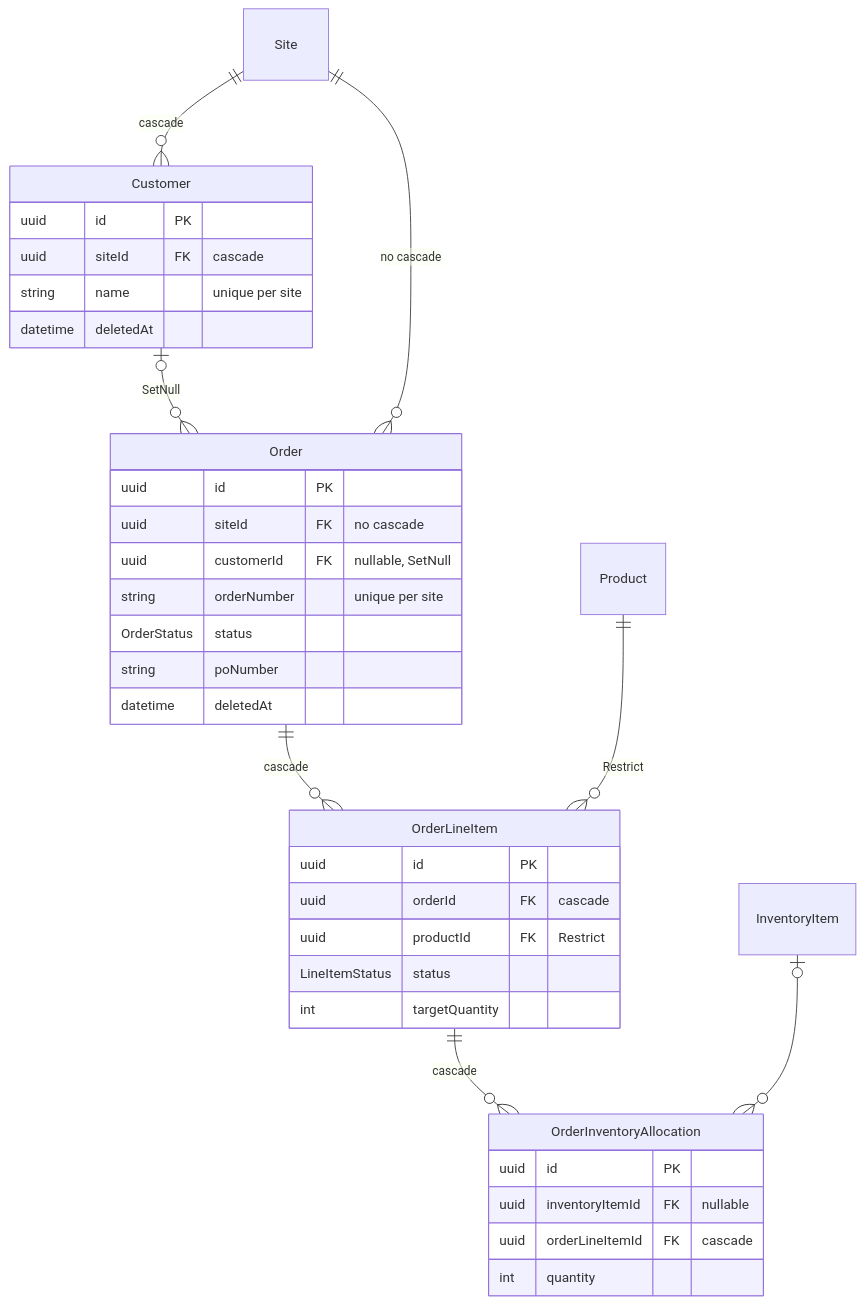
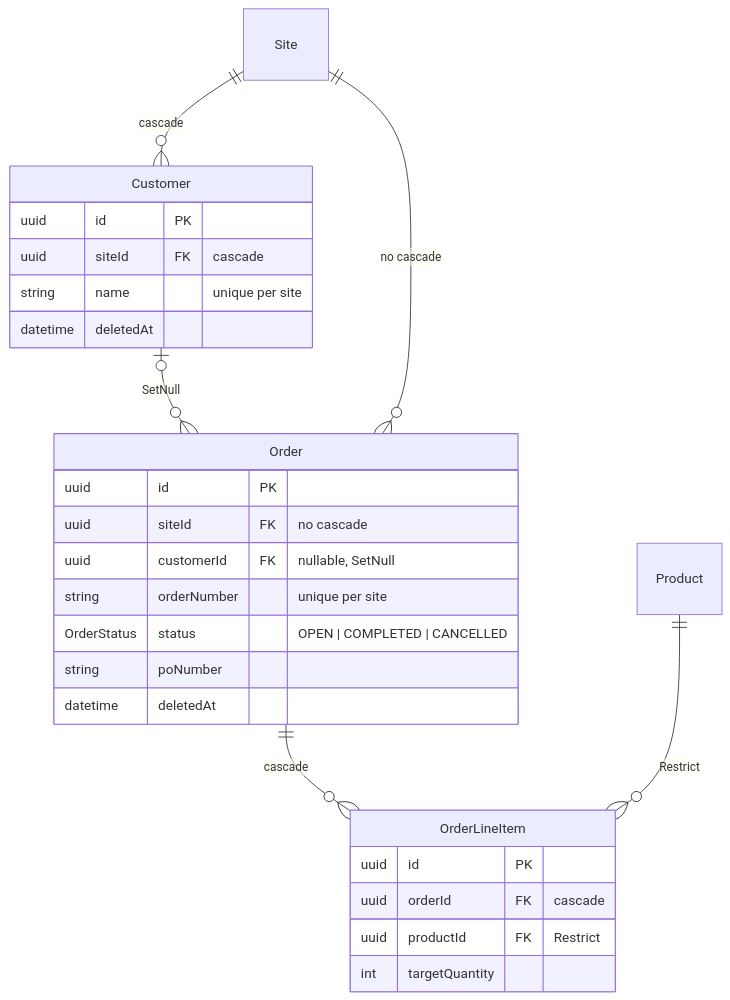
One commit to rockwarehq/rw-server changed the sixth of 17 diagrams in docs/architecture/erd.md. Above: the diagram before and after it, drawn with Mermaid. The commit also changed other lines of this file and 13 other files, not shown here.

````diff
--- a/docs/architecture/erd.md
+++ b/docs/architecture/erd.md
@@ -435,39 +435,30 @@
 ```mermaid
 erDiagram
   Customer {
     uuid id PK
     uuid siteId FK "cascade"
     string name "unique per site"
     datetime deletedAt
   }
   Order {
     uuid id PK
     uuid siteId FK "no cascade"
     uuid customerId FK "nullable, SetNull"
     string orderNumber "unique per site"
-    OrderStatus status
+    OrderStatus status "OPEN | COMPLETED | CANCELLED"
     string poNumber
     datetime deletedAt
   }
   OrderLineItem {
     uuid id PK
     uuid orderId FK "cascade"
     uuid productId FK "Restrict"
-    LineItemStatus status
     int targetQuantity
-  }
-  OrderInventoryAllocation {
-    uuid id PK
-    uuid inventoryItemId FK "nullable"
-    uuid orderLineItemId FK "cascade"
-    int quantity
   }
 
   Site ||--o{ Customer : "cascade"
   Customer |o--o{ Order : "SetNull"
   Site ||--o{ Order : "no cascade"
   Order ||--o{ OrderLineItem : "cascade"
   Product ||--o{ OrderLineItem : "Restrict"
-  OrderLineItem ||--o{ OrderInventoryAllocation : "cascade"
-  InventoryItem |o--o{ OrderInventoryAllocation : ""
 ```
````
